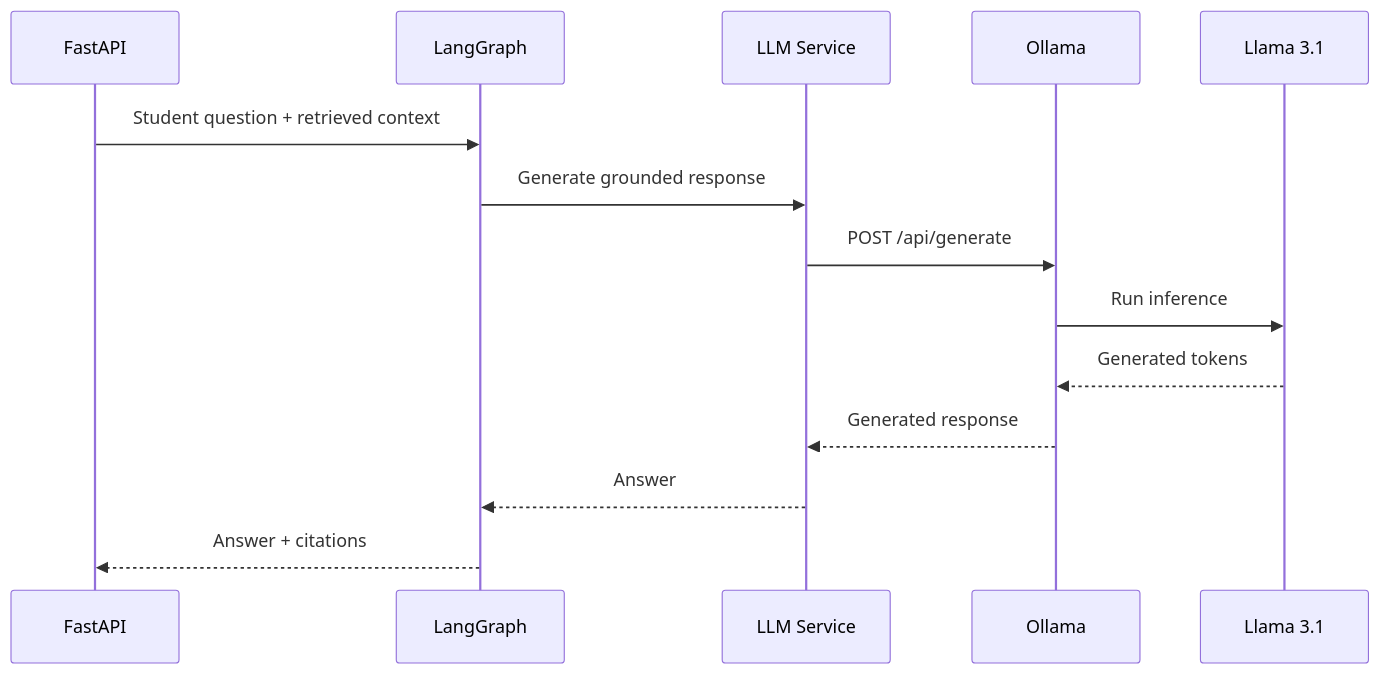
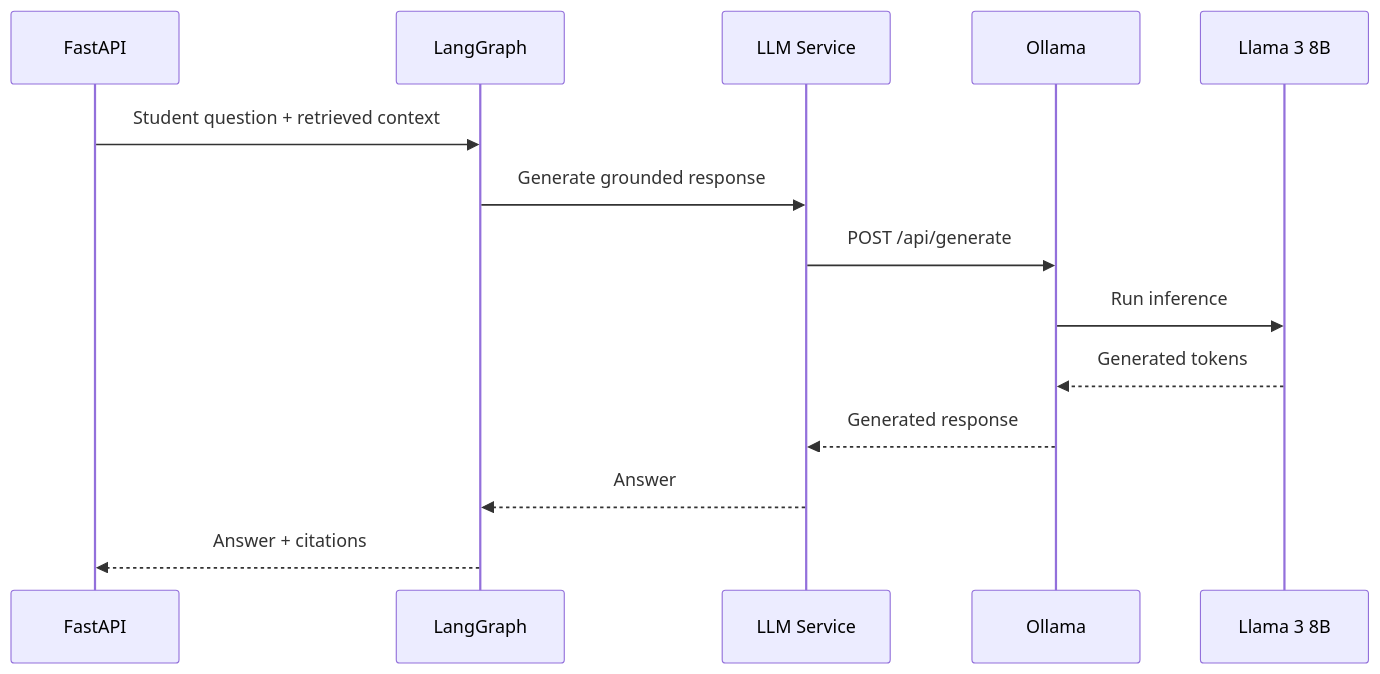
One commit to Aayushpulkundwar/LearnMateAI changed the second of 4 diagrams in README.md. Above: the diagram before and after it, drawn with Mermaid. The commit also changed other lines of this file and 309 other files, not shown here.

````diff
--- a/README.md
+++ b/README.md
@@ -593,25 +683,25 @@
 ```mermaid
 sequenceDiagram
 
     participant API as FastAPI
     participant LG as LangGraph
     participant LLM as LLM Service
     participant O as Ollama
-    participant M as Llama 3.1
+    participant M as Llama 3 8B
 
     API->>LG: Student question + retrieved context
 
     LG->>LLM: Generate grounded response
 
     LLM->>O: POST /api/generate
 
     O->>M: Run inference
 
     M-->>O: Generated tokens
 
     O-->>LLM: Generated response
 
     LLM-->>LG: Answer
 
     LG-->>API: Answer + citations
 ```
````
